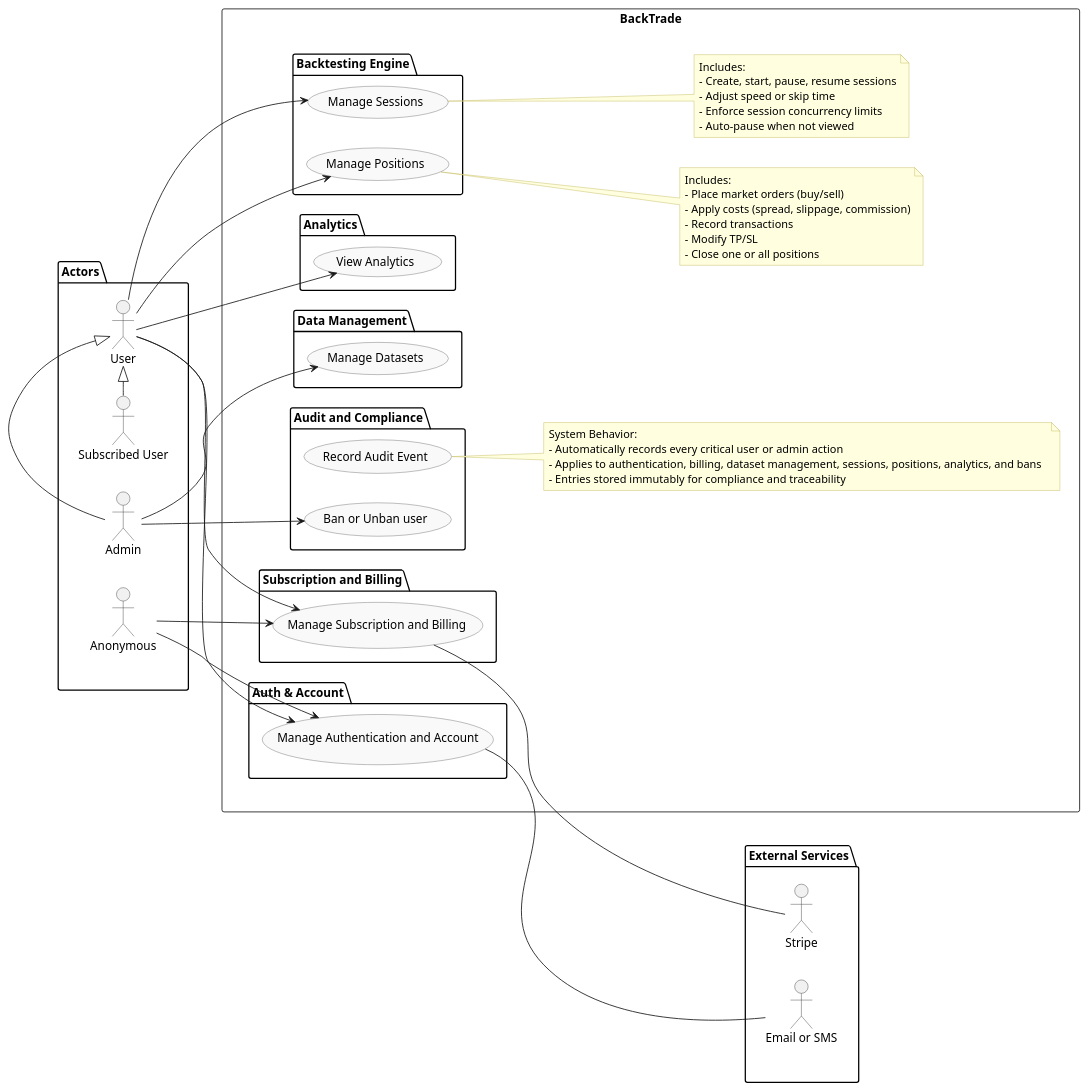
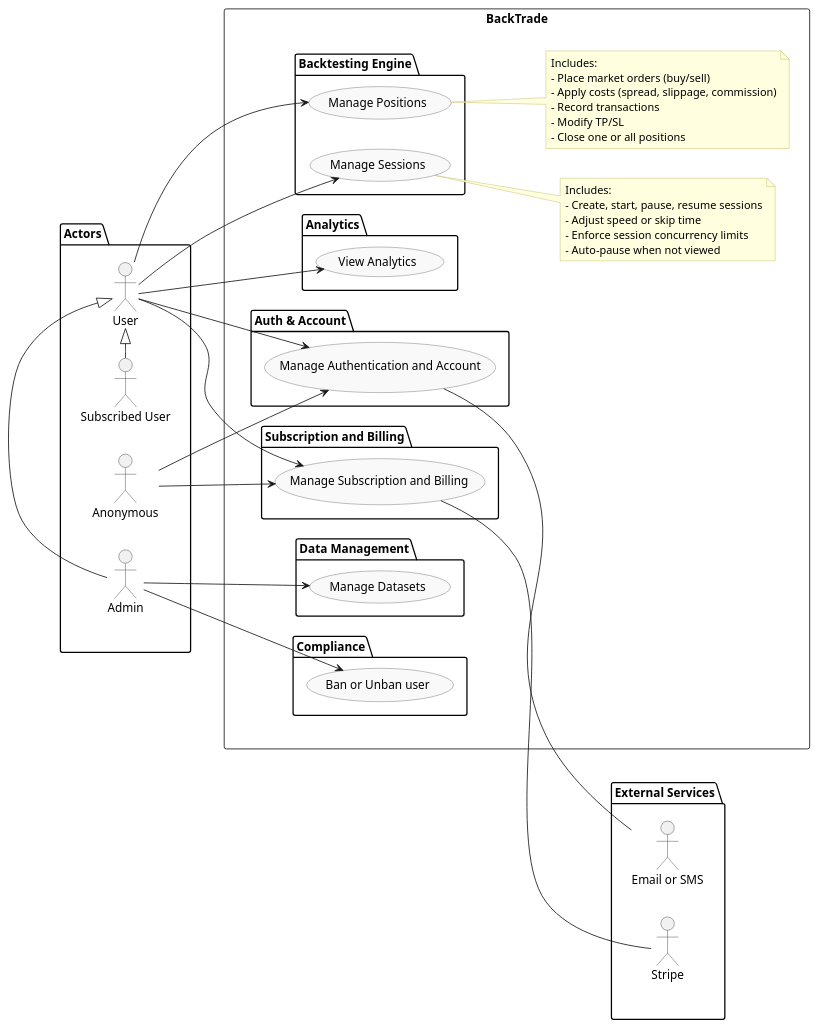
Before and after one commit to DamienReichhart/BackTrade: the diagram in documentation/use-cases/use-cases.iuml, drawn with PlantUML. The commit also changed 56 other files, not shown here.

```diff
--- a/documentation/use-cases/use-cases.iuml
+++ b/documentation/use-cases/use-cases.iuml
@@ -1,102 +1,94 @@
 @startuml
 left to right direction
 skinparam usecaseBackgroundColor #f9f9f9
 skinparam usecaseBorderColor #666666
 skinparam actorBorderColor #333333
 skinparam noteBackgroundColor #ffffe0
 skinparam noteBorderColor #bfb24d
 
 ' === Actors ===
 package "Actors" as ACT {
   actor "Anonymous" as Anon
   actor "User" as User
   actor "Subscribed User" as Subscribed
   actor "Admin" as Admin
 
   Subscribed -|> User
   Admin -|> User
 }
 
 ' === System ===
 rectangle BackTrade {
   package "Auth & Account" as A {
     (Manage Authentication and Account) as UC_AUTH
   }
 
   package "Subscription and Billing" as B {
     (Manage Subscription and Billing) as UC_BILLING
   }
 
   package "Data Management" as C {
     (Manage Datasets) as UC_DATA
   }
 
   package "Backtesting Engine" as D {
     (Manage Sessions) as UC_SESSIONS
     (Manage Positions) as UC_POSITIONS
   }
 
   package "Analytics" as E {
     (View Analytics) as UC_ANALYTICS
   }
 
-  package "Audit and Compliance" as G {
-    (Record Audit Event) as UC_AUDIT
+  package "Compliance" as G {
     (Ban or Unban user) as UC_BAN
   }
 
   note right of UC_SESSIONS
   Includes:
   - Create, start, pause, resume sessions
   - Adjust speed or skip time
   - Enforce session concurrency limits
   - Auto-pause when not viewed
   end note
 
   note right of UC_POSITIONS
   Includes:
   - Place market orders (buy/sell)
   - Apply costs (spread, slippage, commission)
   - Record transactions
   - Modify TP/SL
   - Close one or all positions
-  end note
-
-  note right of UC_AUDIT
-  System Behavior:
-  - Automatically records every critical user or admin action  
-  - Applies to authentication, billing, dataset management, sessions, positions, analytics, and bans  
-  - Entries stored immutably for compliance and traceability
   end note
 }
 
 ' === External Services ===
 package "External Services" as EXT {
   actor "Stripe" as Stripe
   actor "Email or SMS" as Mail
 }
 
 ACT -[hidden]-> BackTrade
 BackTrade -[hidden]-> EXT
 
 ' === Actor links ===
 Anon --> UC_AUTH
 User --> UC_AUTH
 
 Anon --> UC_BILLING
 User --> UC_BILLING
 
 Admin --> UC_DATA
 
 User --> UC_SESSIONS
 User --> UC_POSITIONS
 
 User --> UC_ANALYTICS
 
 Admin --> UC_BAN
 
 ' === Integrations ===
 UC_BILLING -right- Stripe
 UC_AUTH -right- Mail
 
 @enduml
```
